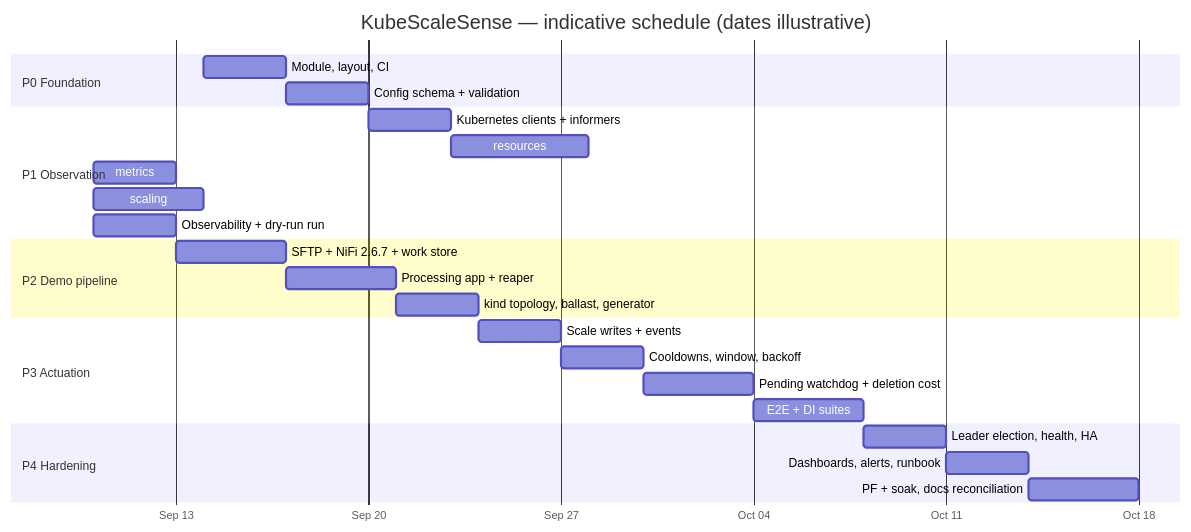
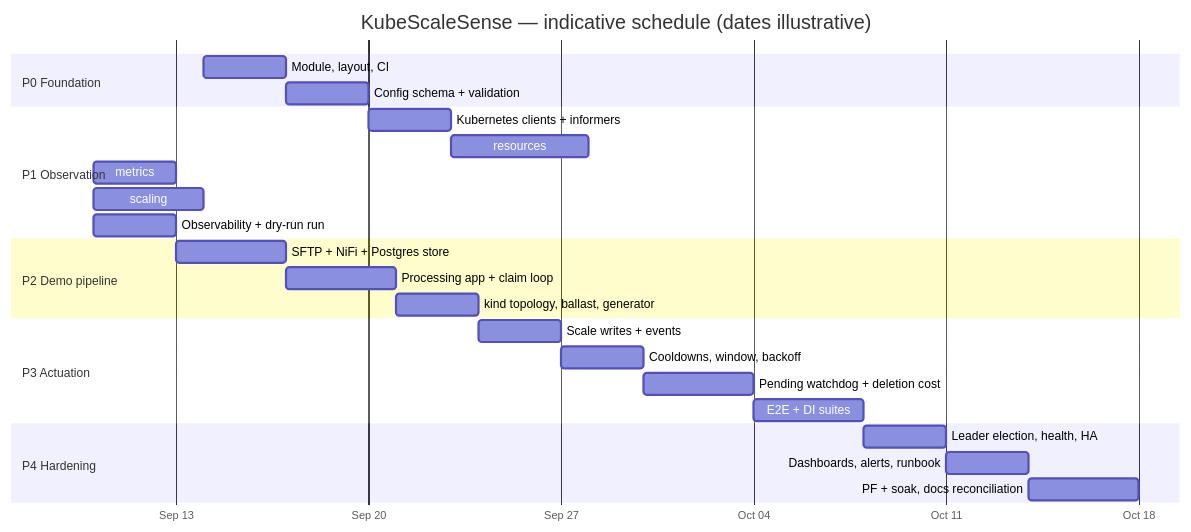
The second of 2 diagrams in docs/implementation-plan.md (jensilin/KubeScaleSense), drawn with Mermaid before and after one commit. The commit also changed other lines of this file and 6 other files, not shown here.

First line of the commit message:
docs: Phase 1 architecture closure - durable work store and open questions

````diff
--- a/docs/implementation-plan.md
+++ b/docs/implementation-plan.md
@@ -66,33 +74,33 @@
 ```mermaid
 gantt
     title KubeScaleSense — indicative schedule (dates illustrative)
     dateFormat YYYY-MM-DD
     axisFormat %b %d
 
     section P0 Foundation
     Module, layout, CI            :p0a, 2026-09-14, 3d
     Config schema + validation    :p0b, after p0a, 3d
 
     section P1 Observation
     Kubernetes clients + informers :p1a, after p0b, 3d
     resources: fit capacity        :p1b, after p1a, 5d
     metrics: backlog + utilization :p1c, after p1b, 3d
     scaling: pure Decide           :p1d, after p1c, 4d
     Observability + dry-run run    :p1e, after p1d, 3d
 
     section P2 Demo pipeline
-    SFTP + NiFi 2.6.7 + work store :p2a, after p1e, 4d
-    Processing app + reaper        :p2b, after p2a, 4d
+    SFTP + NiFi + Postgres store   :p2a, after p1e, 4d
+    Processing app + claim loop    :p2b, after p2a, 4d
     kind topology, ballast, generator :p2c, after p2b, 3d
 
     section P3 Actuation
     Scale writes + events          :p3a, after p2c, 3d
     Cooldowns, window, backoff     :p3b, after p3a, 3d
     Pending watchdog + deletion cost :p3c, after p3b, 4d
     E2E + DI suites                :p3d, after p3c, 4d
 
     section P4 Hardening
     Leader election, health, HA    :p4a, after p3d, 3d
     Dashboards, alerts, runbook    :p4b, after p4a, 3d
     PF + soak, docs reconciliation :p4c, after p4b, 4d
 ```
````
